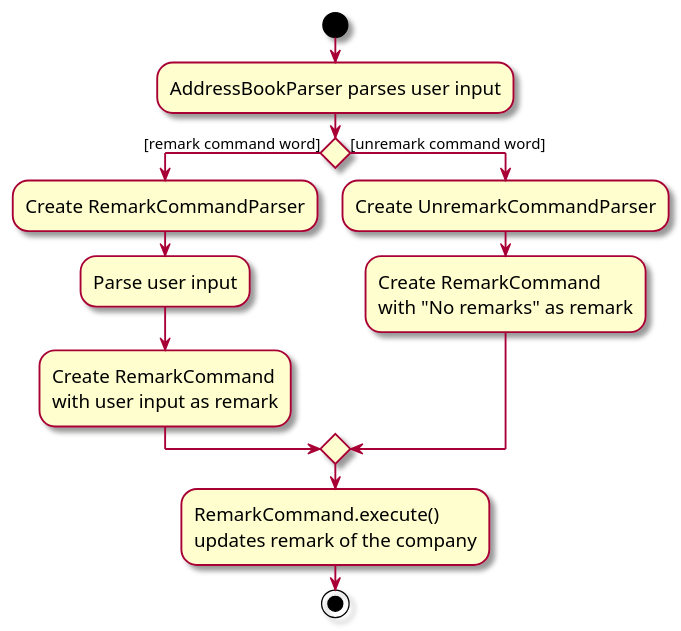
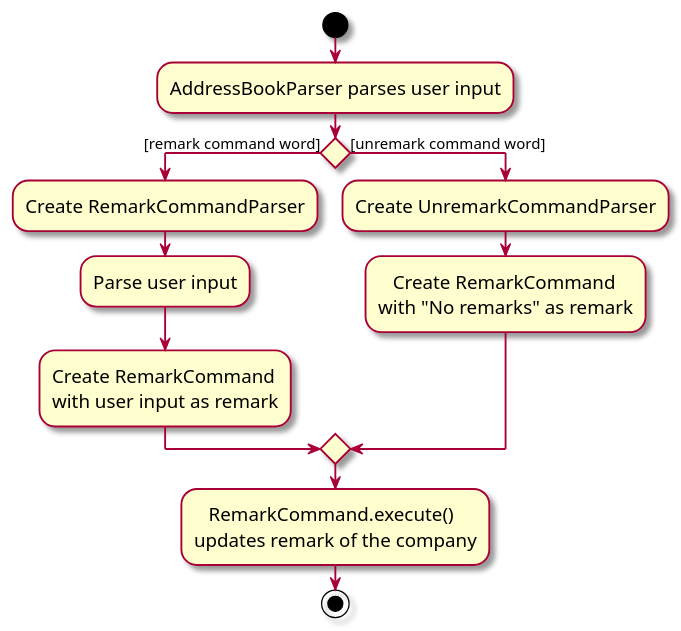
The diagram in docs/diagrams/RemarkActivityDiagram.puml (tayruxin/tp), drawn with PlantUML before and after one commit. The commit also changed 1 other file, not shown here.

Commit message:
DG: update diagram

```diff
--- a/docs/diagrams/RemarkActivityDiagram.puml
+++ b/docs/diagrams/RemarkActivityDiagram.puml
@@ -1,27 +1,27 @@
 @startuml
 skin rose
 skinparam ActivityFontSize 15
 skinparam ArrowFontSize 12
 start
 :AddressBookParser parses user input;
 
 'Since the beta syntax does not support placing the condition outside the
 'diamond we place it as the true branch instead.
 
 if () then ([remark command word])
     :Create RemarkCommandParser;
     :Parse user input;
     :Create RemarkCommand
     with user input as remark;
 
 else ([unremark command word])
     :Create UnremarkCommandParser;
-    :Create RemarkCommand
+    :   Create RemarkCommand
     with "No remarks" as remark;
 
 endif
 
-:RemarkCommand.execute()
+:   RemarkCommand.execute()
 updates remark of the company;
 stop
 @enduml
```
